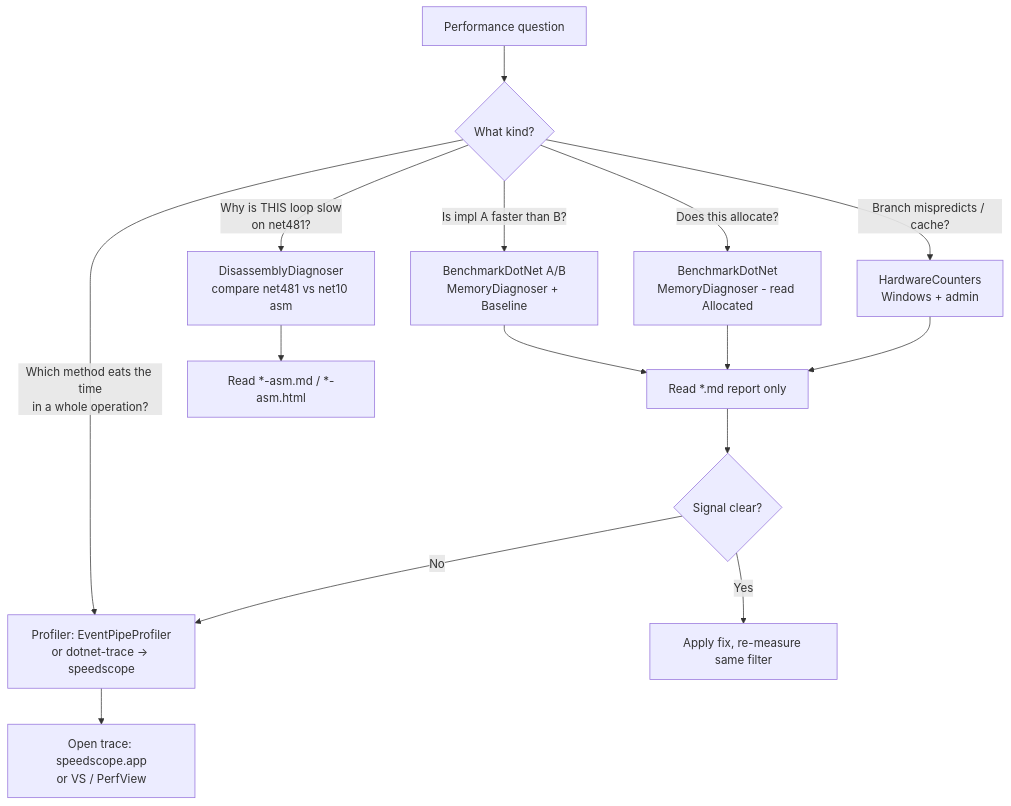
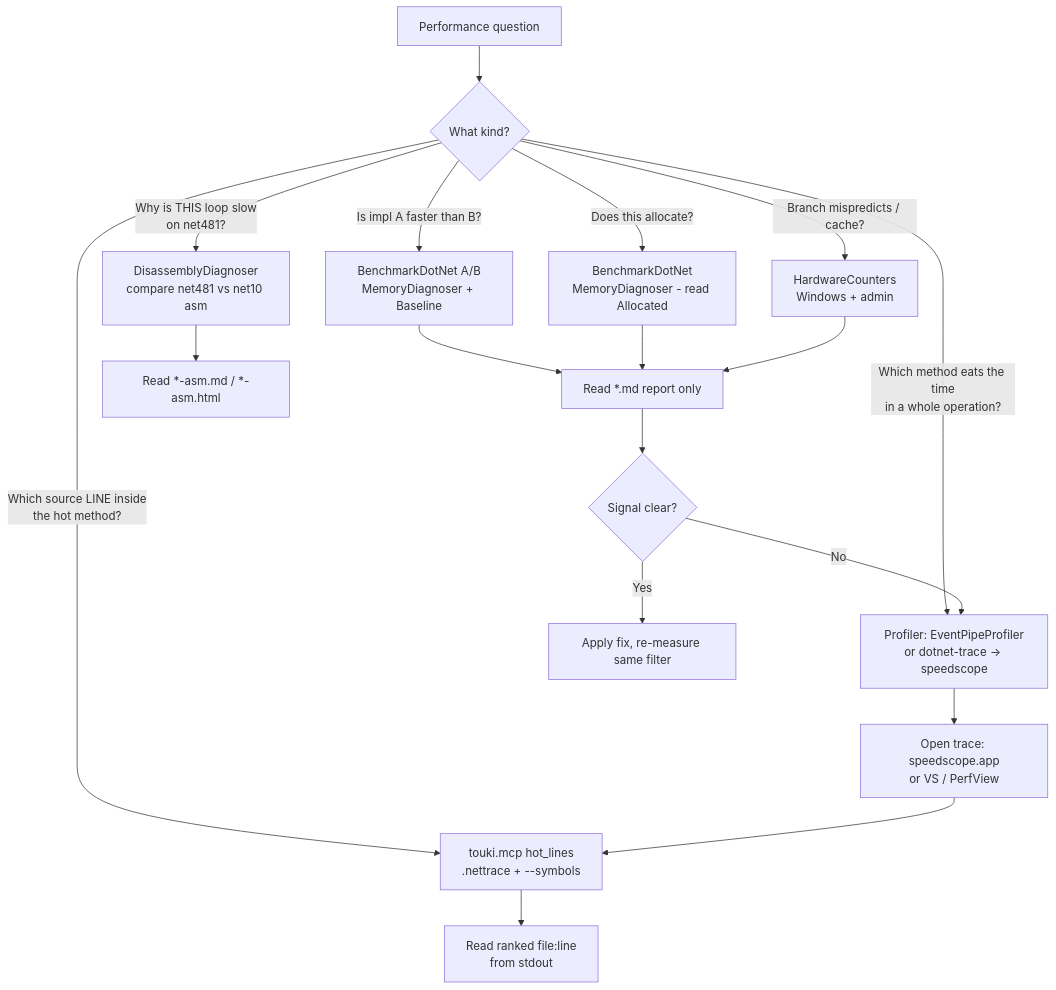
Before and after one commit to JeremyKuhne/touki: the diagram in docs/performance-investigation.md, drawn with Mermaid. The commit also changed other lines of this file and 38 other files, not shown here.

First line of the commit message:
Add touki.mcp trace-analysis MCP server and tests (#171)

````diff
--- a/docs/performance-investigation.md
+++ b/docs/performance-investigation.md
@@ -33,17 +33,20 @@
 ```mermaid
 flowchart TD
     A[Performance question] --> B{What kind?}
     B -->|"Is impl A faster than B?"| C[BenchmarkDotNet A/B<br/>MemoryDiagnoser + Baseline]
     B -->|"Does this allocate?"| D[BenchmarkDotNet<br/>MemoryDiagnoser - read Allocated]
     B -->|"Which method eats the time<br/>in a whole operation?"| E[Profiler: EventPipeProfiler<br/>or dotnet-trace -> speedscope]
+    B -->|"Which source LINE inside<br/>the hot method?"| M[touki.mcp hot_lines<br/>.nettrace + --symbols]
     B -->|"Why is THIS loop slow<br/>on net481?"| F[DisassemblyDiagnoser<br/>compare net481 vs net10 asm]
     B -->|"Branch mispredicts / cache?"| G[HardwareCounters<br/>Windows + admin]
     C --> H[Read *.md report only]
     D --> H
     E --> I[Open trace: speedscope.app<br/>or VS / PerfView]
+    M --> N[Read ranked file:line<br/>from stdout]
     F --> J[Read *-asm.md / *-asm.html]
     G --> H
     H --> K{Signal clear?}
     K -->|Yes| L[Apply fix, re-measure same filter]
     K -->|No| E
+    I --> M
 ```
````
